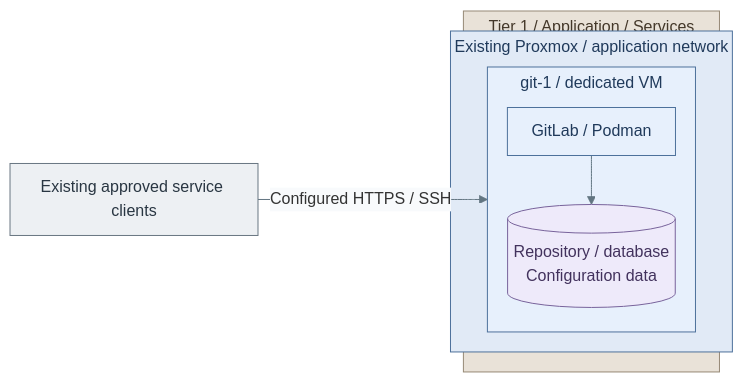
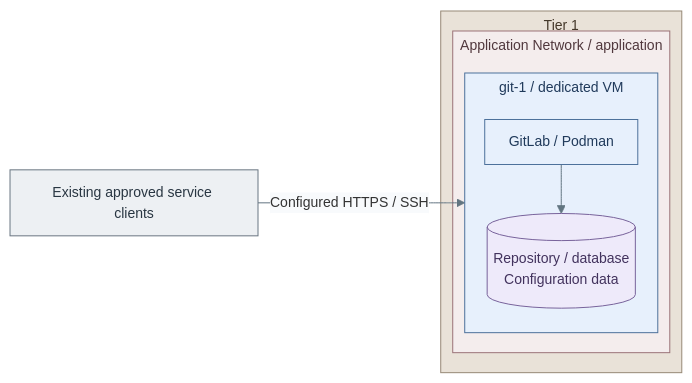
The diagram in docs/03-deployment/stage-9-development/step-1b-source-control-vm.md (Rexus/homelab), drawn with Mermaid before and after one commit. The commit also changed 124 other files, not shown here.

First line of the commit message:
fix(platform): align service diagrams and directory failover

````diff
--- a/docs/03-deployment/stage-9-development/step-1b-source-control-vm.md
+++ b/docs/03-deployment/stage-9-development/step-1b-source-control-vm.md
@@ -18,28 +18,29 @@
 ```mermaid
-%%{init: {"theme":"base","flowchart":{"nodeSpacing":20,"rankSpacing":24,"padding":12,"subGraphTitleMargin":{"top":4,"bottom":12}},"themeVariables":{"lineColor":"#627581","edgeLabelBackground":"#f8fafc"}}}%%
+%%{init: {"theme":"base","flowchart":{"nodeSpacing":20,"rankSpacing":24,"padding":12,"subGraphTitleMargin":{"top":4,"bottom":18}},"themeVariables":{"lineColor":"#627581","edgeLabelBackground":"#f8fafc","fontFamily":"Arial, sans-serif","fontSize":"14px"},"fontFamily":"Arial, sans-serif"}}%%
 flowchart LR
   Clients["Existing approved service clients"]
-  subgraph T1["Tier 1 / Application / Services"]
-    subgraph PVE["Existing Proxmox / application network"]
+  subgraph T1["Tier 1"]
+    subgraph Network["Application Network / application"]
       subgraph VM["git-1 / dedicated VM"]
         direction TB
         App["GitLab / Podman"]
         Data[("Repository / database<br/>Configuration data")]
         App --> Data
       end
     end
   end
-  Clients -->|Configured HTTPS / SSH| VM
+  Clients -->|Configured HTTPS / SSH| App
   classDef default fill:#f8fafc,stroke:#64748b,color:#1f2937
   classDef boundary fill:#eef2f6,stroke:#64748b,color:#1f2937
   classDef services fill:#e7f0fc,stroke:#4d719b,color:#203a5b
   classDef data fill:#eeeafa,stroke:#78639b,color:#42325d
   classDef actor fill:#edf0f3,stroke:#697682,color:#293642
   class VM,App services
   class Data data
   class Clients actor
   classDef tier1 fill:#e9e2d8,stroke:#968976,color:#44382a
   class T1 tier1
   classDef zoneServices fill:#e1eaf6,stroke:#4d719b,color:#203a5b
-  class PVE zoneServices
+  classDef network fill:#f4eded,stroke:#9b7378,color:#50383d
+  class Network network
 ```
````
